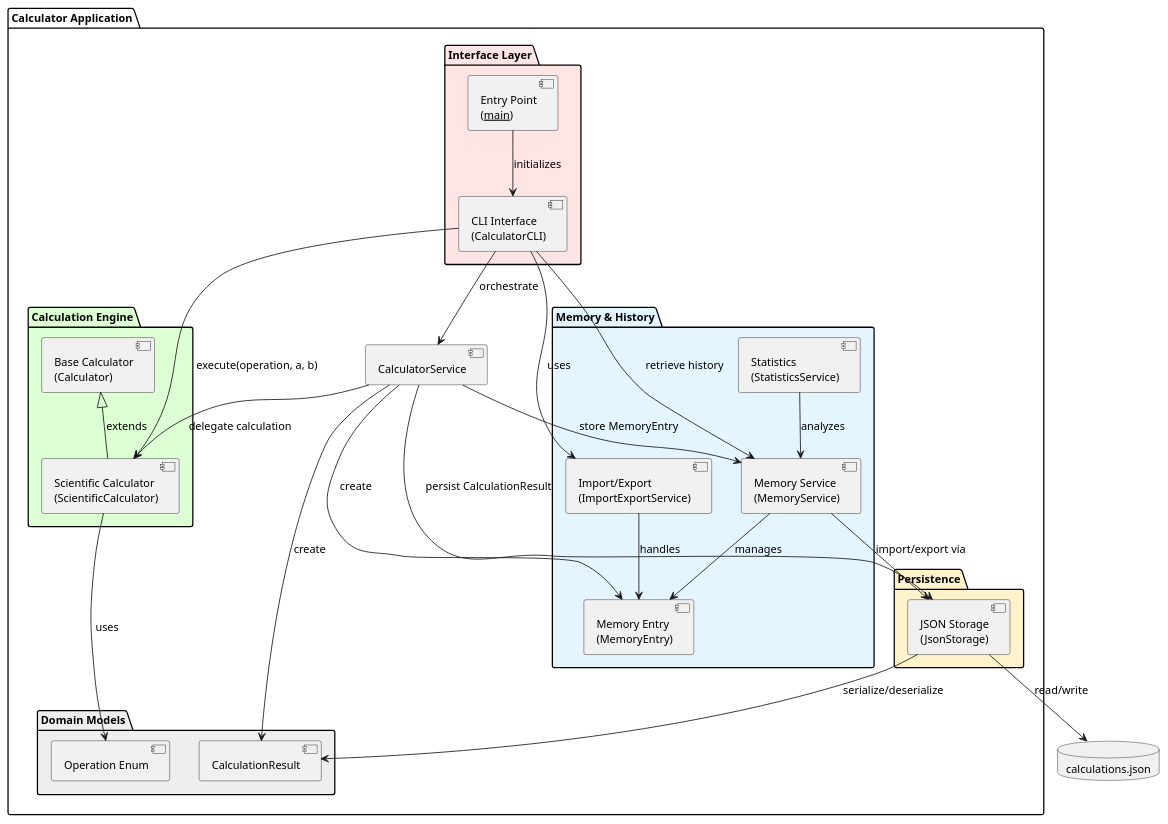
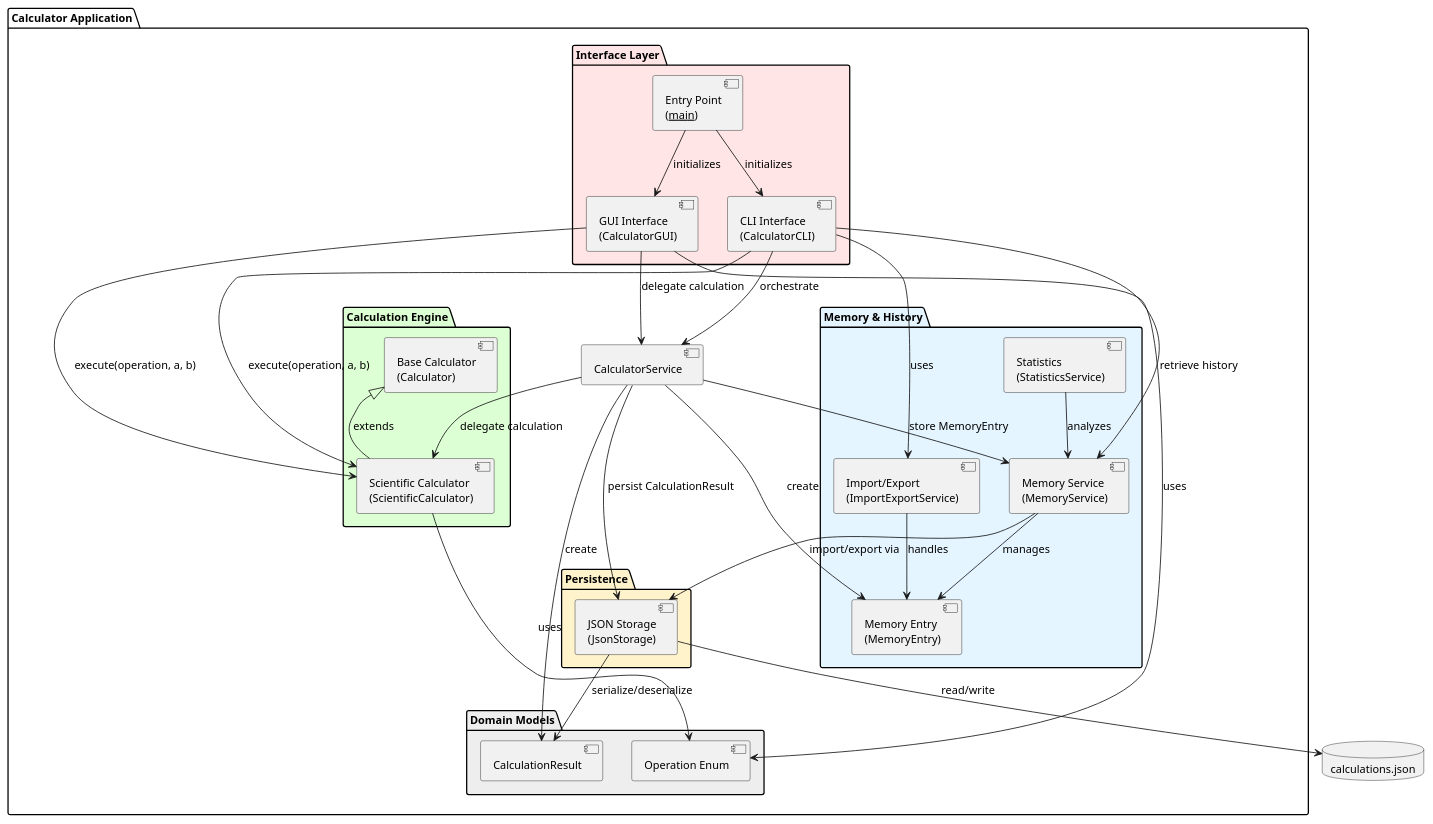
Before and after one commit to DanielRiha8906/Software_autoevolution_using_agents: the diagram in experiments/supervisor_as_tools/test_driven/calculator/artifacts/component_diagram.puml, drawn with PlantUML. The commit also changed 6 other files, not shown here.

First line of the commit message:
Implement tkinter GUI for calculator with service delegation

```diff
--- a/experiments/supervisor_as_tools/test_driven/calculator/artifacts/component_diagram.puml
+++ b/experiments/supervisor_as_tools/test_driven/calculator/artifacts/component_diagram.puml
@@ -1,61 +1,66 @@
 @startuml component_diagram
 
 skinparam componentStyle uml2
 skinparam defaultFontSize 13
 top to bottom direction
 
 package "Calculator Application" {
 
     package "Interface Layer" #FFE5E5 {
         component "CLI Interface\n(CalculatorCLI)" as CLI
+        component "GUI Interface\n(CalculatorGUI)" as GUI
         component "Entry Point\n(__main__)" as Main
         Main --> CLI : initializes
+        Main --> GUI : initializes
     }
 
     package "Calculation Engine" #DDFFD4 {
         component "Scientific Calculator\n(ScientificCalculator)" as Calc
         component "Base Calculator\n(Calculator)" as BasCalc
         BasCalc <|-- Calc : extends
     }
 
     package "Memory & History" #E5F5FF {
         component "Memory Service\n(MemoryService)" as Memory
         component "Memory Entry\n(MemoryEntry)" as MemEntry
         component "Import/Export\n(ImportExportService)" as ImportExport
         component "Statistics\n(StatisticsService)" as Stats
         Memory --> MemEntry : manages
         ImportExport --> MemEntry : handles
         Stats --> Memory : analyzes
     }
 
     package "Persistence" #FFF3CC {
         component "JSON Storage\n(JsonStorage)" as Store
     }
 
     package "Domain Models" #EEEEEE {
         component "Operation Enum" as Op
         component "CalculationResult" as CalcResult
     }
 
     CLI --> Calc : execute(operation, a, b)
-    Calc --> Op : uses
     CLI --> Memory : retrieve history
     CLI --> ImportExport : uses
+    GUI --> Calc : execute(operation, a, b)
+    GUI --> Op : uses
+    Calc --> Op : uses
 
     component "CalculatorService" as Service
     Service --> Calc : delegate calculation
     Service --> Memory : store MemoryEntry
     Service --> Store : persist CalculationResult
     Service --> CalcResult : create
     Service --> MemEntry : create
 
     CLI --> Service : orchestrate
+    GUI --> Service : delegate calculation
     Store --> CalcResult : serialize/deserialize
     Memory --> Store : import/export via
 }
 
 database "calculations.json" as DB
 
 Store --> DB : read/write
 
 @enduml
```
